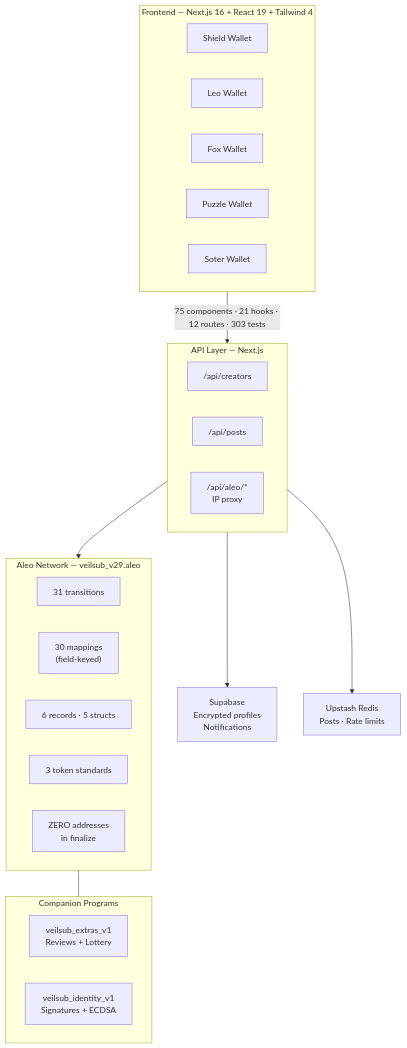
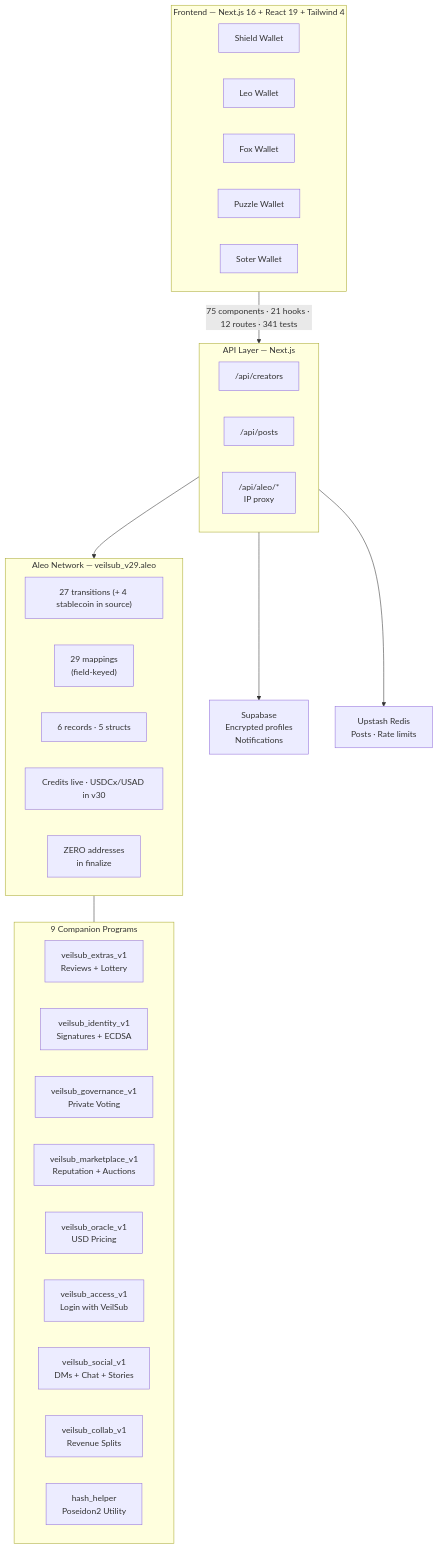
Before and after one commit to Pratiikpy/Veil-Sub: the second of 2 diagrams in README.md, drawn with Mermaid. The commit also changed other lines of this file, not shown here.

Commit message:
fix: README fully accurate for deployed v29 (27 transitions, 29 mappings, 9 companion programs)

````diff
--- a/README.md
+++ b/README.md
@@ -165,41 +165,48 @@
 ```mermaid
 graph TD
     subgraph Frontend["Frontend — Next.js 16 + React 19 + Tailwind 4"]
         direction LR
         W1[Shield Wallet]
         W2[Leo Wallet]
         W3[Fox Wallet]
         W4[Puzzle Wallet]
         W5[Soter Wallet]
     end
 
-    Frontend -->|"75 components · 21 hooks · 12 routes · 303 tests"| API
+    Frontend -->|"75 components · 21 hooks · 12 routes · 341 tests"| API
 
     subgraph API["API Layer — Next.js"]
         direction LR
         A1["/api/creators"]
         A2["/api/posts"]
         A3["/api/aleo/*<br/>IP proxy"]
     end
 
     A1 --> Supa["Supabase<br/>Encrypted profiles<br/>Notifications"]
     A2 --> Redis["Upstash Redis<br/>Posts · Rate limits"]
     A3 --> Aleo
 
     subgraph Aleo["Aleo Network — veilsub_v29.aleo"]
         direction LR
-        T["31 transitions"]
-        M["30 mappings<br/>(field-keyed)"]
+        T["27 transitions (+ 4 stablecoin in source)"]
+        M["29 mappings<br/>(field-keyed)"]
         R["6 records · 5 structs"]
-        S["3 token standards"]
+        S["Credits live · USDCx/USAD in v30"]
         Z["ZERO addresses<br/>in finalize"]
     end
 
-    subgraph Companion["Companion Programs"]
+    subgraph Companion["9 Companion Programs"]
         direction LR
         E["veilsub_extras_v1<br/>Reviews + Lottery"]
         I["veilsub_identity_v1<br/>Signatures + ECDSA"]
+        G["veilsub_governance_v1<br/>Private Voting"]
+        MK["veilsub_marketplace_v1<br/>Reputation + Auctions"]
+        O["veilsub_oracle_v1<br/>USD Pricing"]
+        AC["veilsub_access_v1<br/>Login with VeilSub"]
+        SO["veilsub_social_v1<br/>DMs + Chat + Stories"]
+        CO["veilsub_collab_v1<br/>Revenue Splits"]
+        H["hash_helper<br/>Poseidon2 Utility"]
     end
 
     Aleo --- Companion
 ```
````
